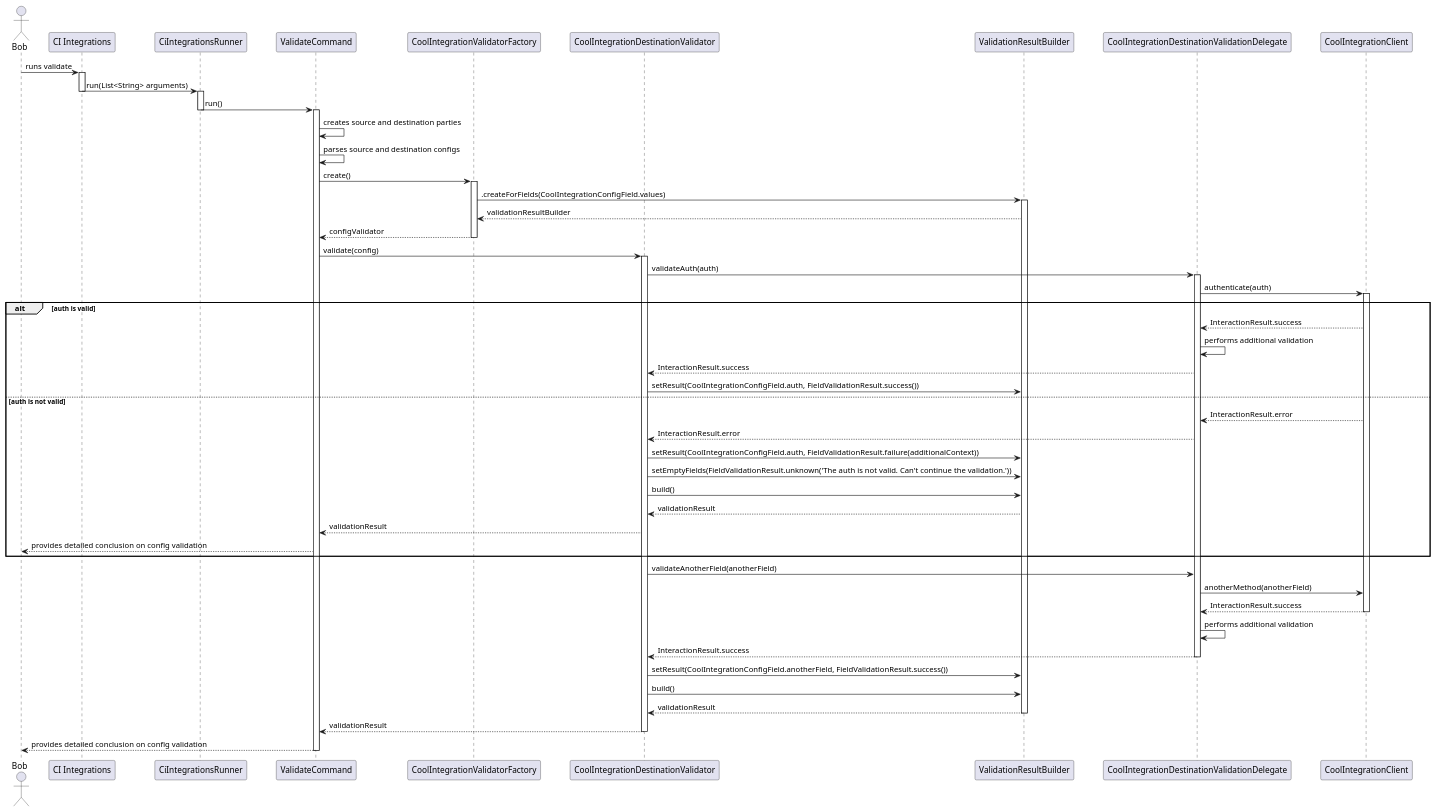
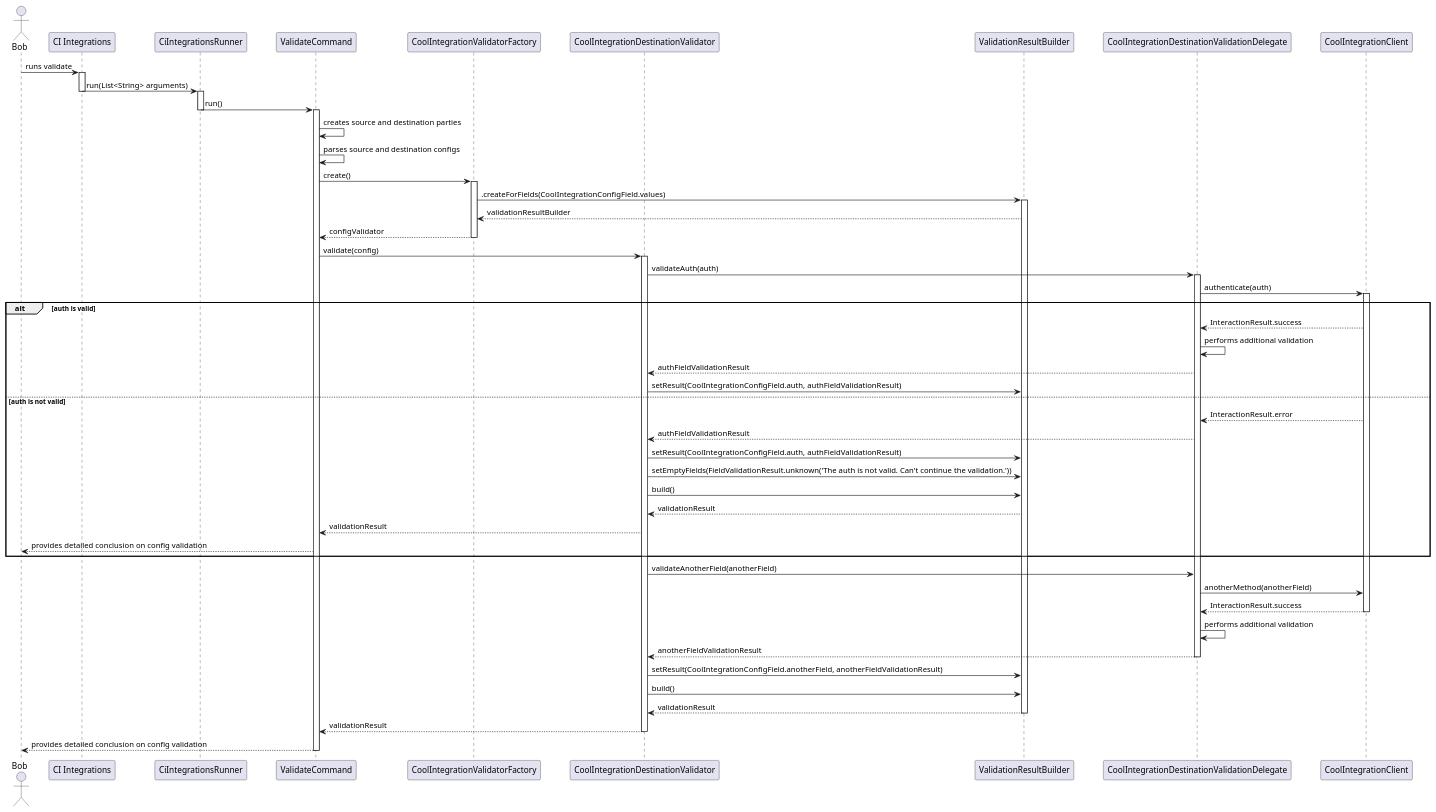
The diagram in metrics/ci_integrations/docs/diagrams/config_validator_sequence_diagram.puml (Flank/flank-dashboard), drawn with PlantUML before and after one commit. The commit also changed 3 other files, not shown here.

Commit message:
Update config validator design

```diff
--- a/metrics/ci_integrations/docs/diagrams/config_validator_sequence_diagram.puml
+++ b/metrics/ci_integrations/docs/diagrams/config_validator_sequence_diagram.puml
@@ -1,99 +1,99 @@
 @startuml config_validator_sequence_diagram
 
 skinparam ParticipantPadding 20
 skinparam BoxPadding 10
 
 actor Bob
 
 participant "CI Integrations"
 participant CiIntegrationsRunner
 participant ValidateCommand
 participant CoolIntegrationValidatorFactory
 participant CoolIntegrationDestinationValidator
 participant ValidationResultBuilder
 participant CoolIntegrationDestinationValidationDelegate
 participant CoolIntegrationClient
 
 Bob -> "CI Integrations" : runs validate
 activate "CI Integrations"
 
 "CI Integrations" -> CiIntegrationsRunner: run(List<String> arguments)
 deactivate "CI Integrations"
 activate CiIntegrationsRunner
 
 CiIntegrationsRunner -> ValidateCommand: run()
 deactivate CiIntegrationsRunner
 activate ValidateCommand
 
 ValidateCommand -> ValidateCommand : creates source and destination parties
 ValidateCommand -> ValidateCommand : parses source and destination configs
 
 ValidateCommand -> CoolIntegrationValidatorFactory : create()
 activate CoolIntegrationValidatorFactory
 
 CoolIntegrationValidatorFactory -> ValidationResultBuilder : .createForFields(CoolIntegrationConfigField.values)
 activate ValidationResultBuilder
 
 ValidationResultBuilder --> CoolIntegrationValidatorFactory : validationResultBuilder
 
 
 CoolIntegrationValidatorFactory --> ValidateCommand : configValidator
 deactivate CoolIntegrationValidatorFactory
 
 ValidateCommand -> CoolIntegrationDestinationValidator : validate(config)
 activate CoolIntegrationDestinationValidator
 
 CoolIntegrationDestinationValidator -> CoolIntegrationDestinationValidationDelegate : validateAuth(auth)
 
 activate CoolIntegrationDestinationValidationDelegate
 
 CoolIntegrationDestinationValidationDelegate -> CoolIntegrationClient : authenticate(auth)
 activate  CoolIntegrationClient
 
 alt auth is valid
 
     CoolIntegrationClient --> CoolIntegrationDestinationValidationDelegate : InteractionResult.success
     CoolIntegrationDestinationValidationDelegate -> CoolIntegrationDestinationValidationDelegate : performs additional validation
-    CoolIntegrationDestinationValidationDelegate --> CoolIntegrationDestinationValidator : InteractionResult.success
-    CoolIntegrationDestinationValidator -> ValidationResultBuilder : setResult(CoolIntegrationConfigField.auth, FieldValidationResult.success())
+    CoolIntegrationDestinationValidationDelegate --> CoolIntegrationDestinationValidator : authFieldValidationResult
+    CoolIntegrationDestinationValidator -> ValidationResultBuilder : setResult(CoolIntegrationConfigField.auth, authFieldValidationResult)
 
 else auth is not valid
 
     CoolIntegrationClient --> CoolIntegrationDestinationValidationDelegate : InteractionResult.error
-    CoolIntegrationDestinationValidationDelegate --> CoolIntegrationDestinationValidator : InteractionResult.error
-    CoolIntegrationDestinationValidator -> ValidationResultBuilder : setResult(CoolIntegrationConfigField.auth, FieldValidationResult.failure(additionalContext))
+    CoolIntegrationDestinationValidationDelegate --> CoolIntegrationDestinationValidator : authFieldValidationResult
+    CoolIntegrationDestinationValidator -> ValidationResultBuilder : setResult(CoolIntegrationConfigField.auth, authFieldValidationResult)
     CoolIntegrationDestinationValidator -> ValidationResultBuilder : setEmptyFields(FieldValidationResult.unknown('The auth is not valid. Can't continue the validation.'))
     CoolIntegrationDestinationValidator -> ValidationResultBuilder : build()
     ValidationResultBuilder --> CoolIntegrationDestinationValidator : validationResult
 
     CoolIntegrationDestinationValidator --> ValidateCommand : validationResult
     ValidateCommand --> Bob : provides detailed conclusion on config validation
 
 end
 
 
 CoolIntegrationDestinationValidator -> CoolIntegrationDestinationValidationDelegate : validateAnotherField(anotherField)
 CoolIntegrationDestinationValidationDelegate -> CoolIntegrationClient : anotherMethod(anotherField)
 
 CoolIntegrationClient --> CoolIntegrationDestinationValidationDelegate : InteractionResult.success
 deactivate CoolIntegrationClient
 
 CoolIntegrationDestinationValidationDelegate -> CoolIntegrationDestinationValidationDelegate : performs additional validation
-CoolIntegrationDestinationValidationDelegate --> CoolIntegrationDestinationValidator : InteractionResult.success
+CoolIntegrationDestinationValidationDelegate --> CoolIntegrationDestinationValidator : anotherFieldValidationResult
 deactivate CoolIntegrationDestinationValidationDelegate
 
-CoolIntegrationDestinationValidator -> ValidationResultBuilder : setResult(CoolIntegrationConfigField.anotherField, FieldValidationResult.success())
+CoolIntegrationDestinationValidator -> ValidationResultBuilder : setResult(CoolIntegrationConfigField.anotherField, anotherFieldValidationResult)
 CoolIntegrationDestinationValidator -> ValidationResultBuilder : build()
 ValidationResultBuilder --> CoolIntegrationDestinationValidator : validationResult
 
 deactivate ValidationResultBuilder
 
 CoolIntegrationDestinationValidator --> ValidateCommand : validationResult
 
 deactivate CoolIntegrationDestinationValidator
 
 ValidateCommand --> Bob : provides detailed conclusion on config validation
 
 deactivate ValidateCommand
 
 @enduml
```
